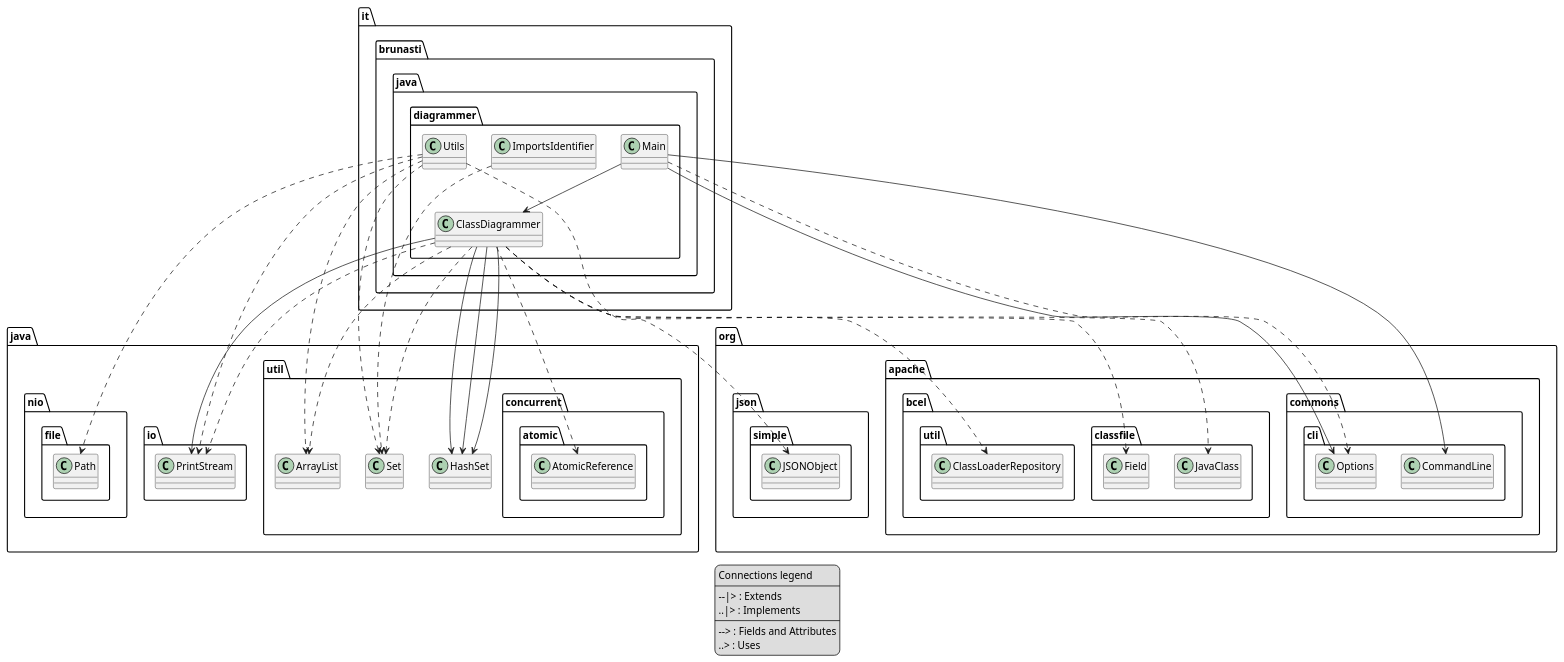
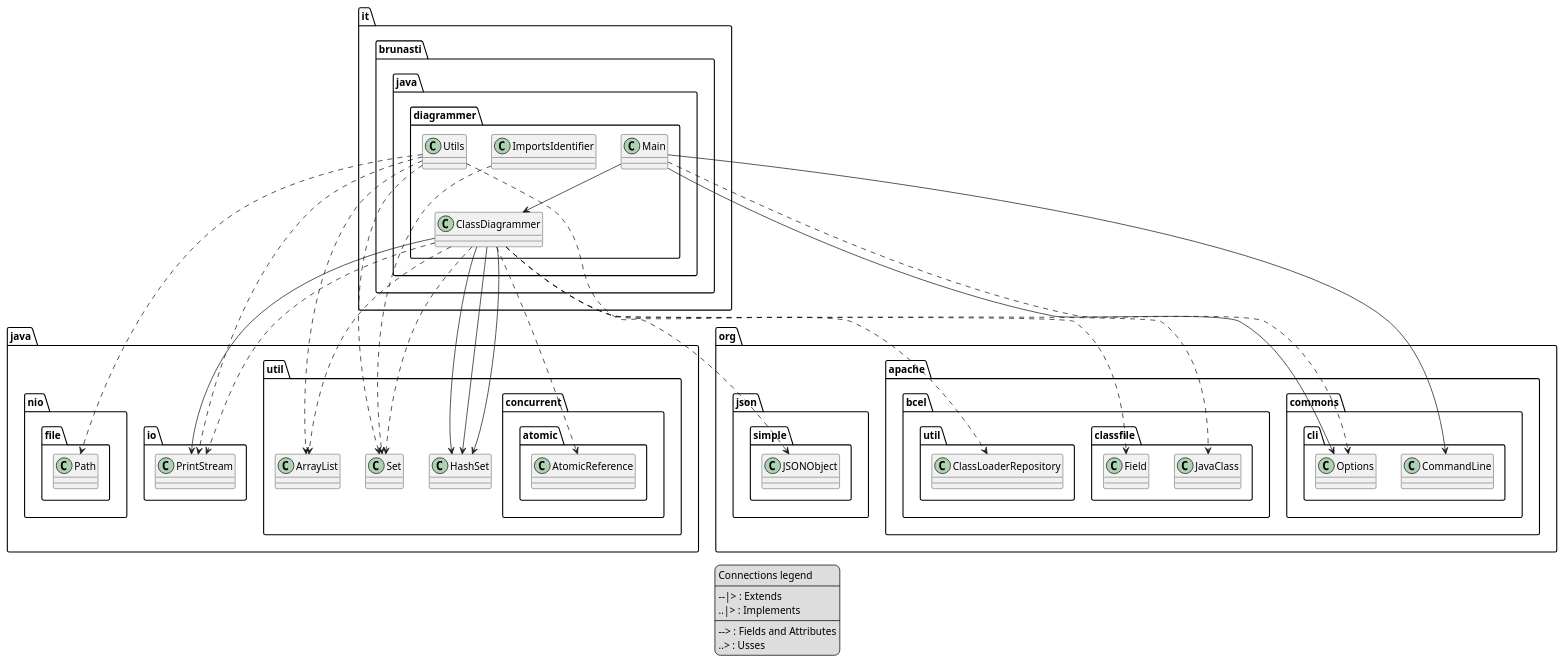
Before and after one commit to brunasti/java-diagrammer: the diagram in temp/output.puml, drawn with PlantUML. The commit also changed 1 other file, not shown here.

Commit message:
Updates diagram images final

```diff
--- a/temp/output.puml
+++ b/temp/output.puml
@@ -1,57 +1,57 @@
 @startuml
 'https://plantuml.com/class-diagram
 
 ' GENERATE CLASS DIAGRAM ===========
 ' Generator       : it.brunasti.java.diagrammer.ClassDiagrammer
 ' Path            : [./target/classes]
 ' Configuration   : []
-' Generated at    : Thu Mar 28 10:23:33 CET 2024
+' Generated at    : Thu Mar 28 10:25:06 CET 2024
 legend
 Connections legend
 ----
 --|> : Extends
 ..|> : Implements
 ----
 --> : Fields and Attributes
-..> : Uses
+..> : Usses
 end legend
 
 
 
 ' CLASSES =======
 class it.brunasti.java.diagrammer.ClassDiagrammer
 class it.brunasti.java.diagrammer.Utils
 class it.brunasti.java.diagrammer.Main
 class it.brunasti.java.diagrammer.ImportsIdentifier
 
 ' INHERITANCES =======
 
 ' IMPLEMENT INTERFACE =======
 
 ' FIELDS =======
 it.brunasti.java.diagrammer.ClassDiagrammer --> java.io.PrintStream
 it.brunasti.java.diagrammer.ClassDiagrammer --> java.util.HashSet
 it.brunasti.java.diagrammer.ClassDiagrammer --> java.util.HashSet
 it.brunasti.java.diagrammer.ClassDiagrammer --> java.util.HashSet
 it.brunasti.java.diagrammer.Main --> org.apache.commons.cli.CommandLine
 it.brunasti.java.diagrammer.Main --> it.brunasti.java.diagrammer.ClassDiagrammer
 it.brunasti.java.diagrammer.Main --> org.apache.commons.cli.Options
 
 ' USES =======
 it.brunasti.java.diagrammer.ClassDiagrammer ..> java.io.PrintStream
 it.brunasti.java.diagrammer.ClassDiagrammer ..> java.util.Set
 it.brunasti.java.diagrammer.ClassDiagrammer ..> org.apache.bcel.classfile.JavaClass
 it.brunasti.java.diagrammer.ClassDiagrammer ..> org.apache.bcel.classfile.Field
 it.brunasti.java.diagrammer.ClassDiagrammer ..> java.util.ArrayList
 it.brunasti.java.diagrammer.ClassDiagrammer ..> org.apache.bcel.util.ClassLoaderRepository
 it.brunasti.java.diagrammer.ClassDiagrammer ..> java.util.concurrent.atomic.AtomicReference
 it.brunasti.java.diagrammer.Utils ..> java.io.PrintStream
 it.brunasti.java.diagrammer.Utils ..> java.util.ArrayList
 it.brunasti.java.diagrammer.Utils ..> java.util.Set
 it.brunasti.java.diagrammer.Utils ..> org.json.simple.JSONObject
 it.brunasti.java.diagrammer.Utils ..> java.nio.file.Path
 it.brunasti.java.diagrammer.Main ..> org.apache.commons.cli.Options
 it.brunasti.java.diagrammer.ImportsIdentifier ..> java.util.Set
 
 
 @enduml
```
